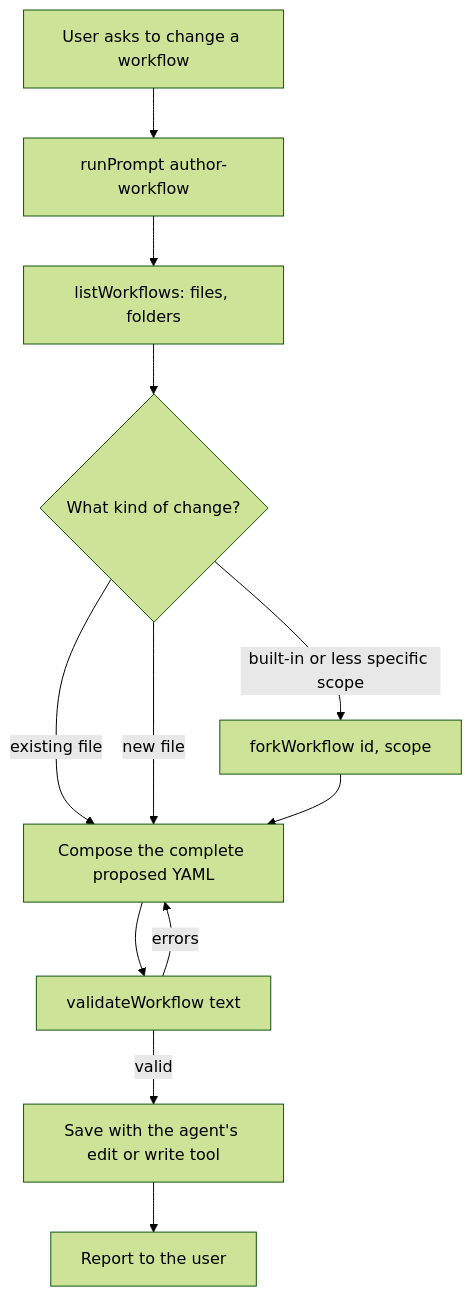
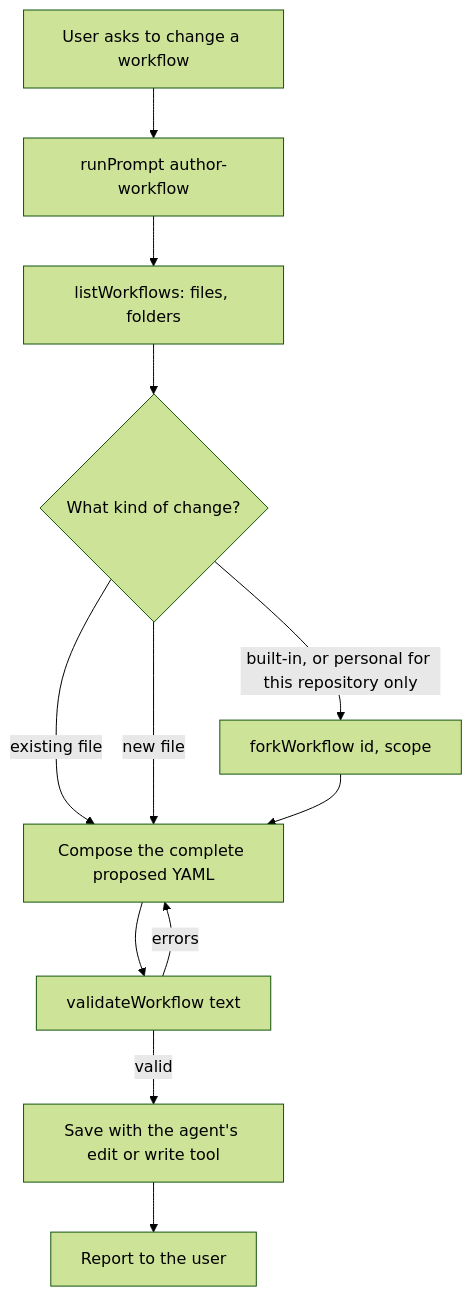
Before and after one commit to Kapps/weavie: the diagram in docs/specs/workflow-editing-tools/overview.md, drawn with Mermaid (forest theme). The commit also changed other lines of this file and 8 other files, not shown here.

````diff
--- a/docs/specs/workflow-editing-tools/overview.md
+++ b/docs/specs/workflow-editing-tools/overview.md
@@ -9,14 +9,14 @@
 ```mermaid
 flowchart TD
     Ask[User asks to change a workflow] --> Prompt[runPrompt author-workflow]
     Prompt --> List[listWorkflows: files, folders]
     List --> Kind{What kind of change?}
     Kind -->|existing file| Propose[Compose the complete proposed YAML]
     Kind -->|new file| Propose
-    Kind -->|built-in or less specific scope| Fork[forkWorkflow id, scope]
+    Kind -->|built-in, or personal for this repository only| Fork[forkWorkflow id, scope]
     Fork --> Propose
     Propose --> Text[validateWorkflow text]
     Text -->|errors| Propose
     Text -->|valid| Save[Save with the agent's edit or write tool]
     Save --> Done[Report to the user]
 ```
````
